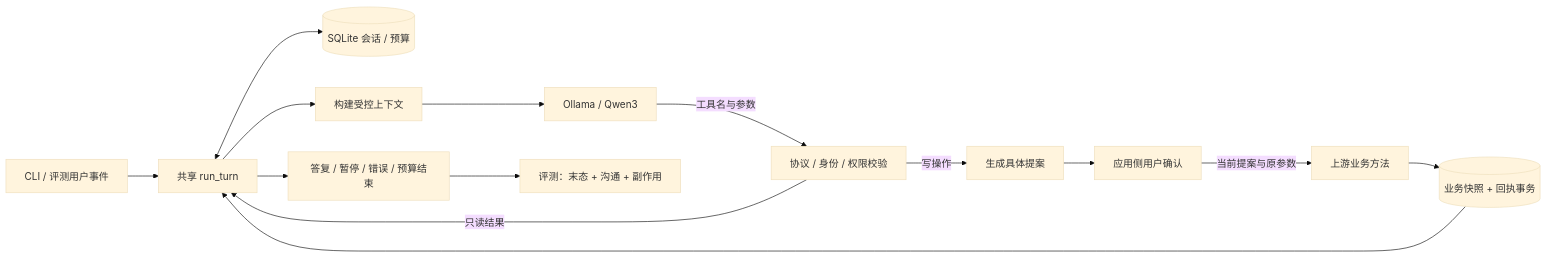
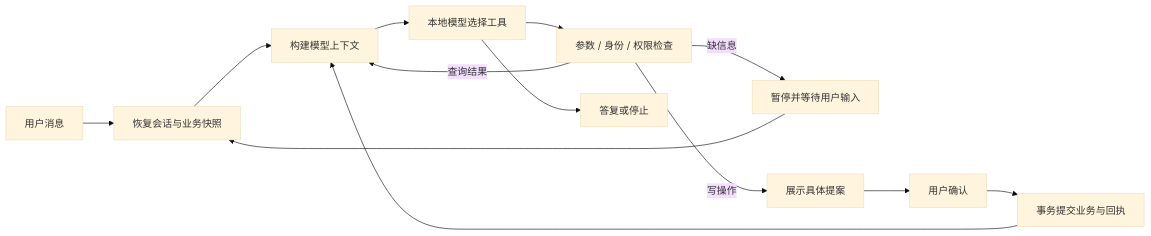
The diagram in README.md (snowstorm-121/RetailFlow), drawn with Mermaid (base theme) before and after one commit. The commit also changed other lines of this file and 4 other files, not shown here.

````diff
--- a/README.md
+++ b/README.md
@@ -144,16 +55,15 @@
 ```mermaid
 flowchart LR
-    U[CLI / 评测用户事件] --> R[共享 run_turn]
-    R <--> S[(SQLite 会话 / 预算)]
-    R --> C[构建受控上下文]
-    C --> M[Ollama / Qwen3]
-    M -->|工具名与参数| G[协议 / 身份 / 权限校验]
-    G -->|只读结果| R
-    G -->|写操作| P[生成具体提案]
-    P --> H[应用侧用户确认]
-    H -->|当前提案与原参数| W[上游业务方法]
-    W --> T[(业务快照 + 回执事务)]
-    T --> R
-    R --> O[答复 / 暂停 / 错误 / 预算结束]
-    O --> E[评测：末态 + 沟通 + 副作用]
+    U[用户消息] --> R[恢复会话与业务快照]
+    R --> C[构建模型上下文]
+    C --> M[本地模型选择工具]
+    M --> G[参数 / 身份 / 权限检查]
+    G -->|查询结果| C
+    G -->|缺信息| I[暂停并等待用户输入]
+    I --> R
+    G -->|写操作| P[展示具体提案]
+    P --> H[用户确认]
+    H --> W[事务提交业务与回执]
+    W --> C
+    M --> A[答复或停止]
 ```
````
